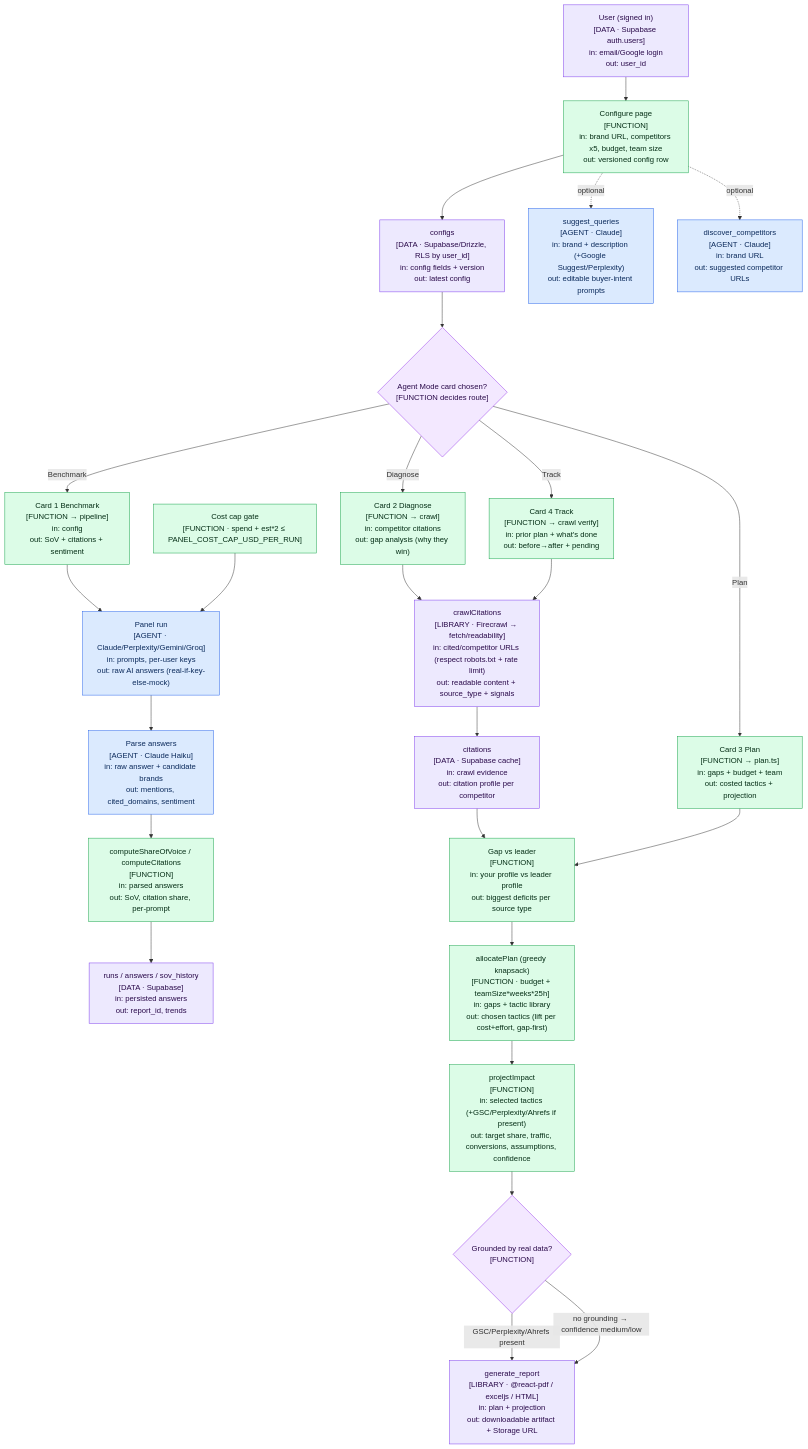
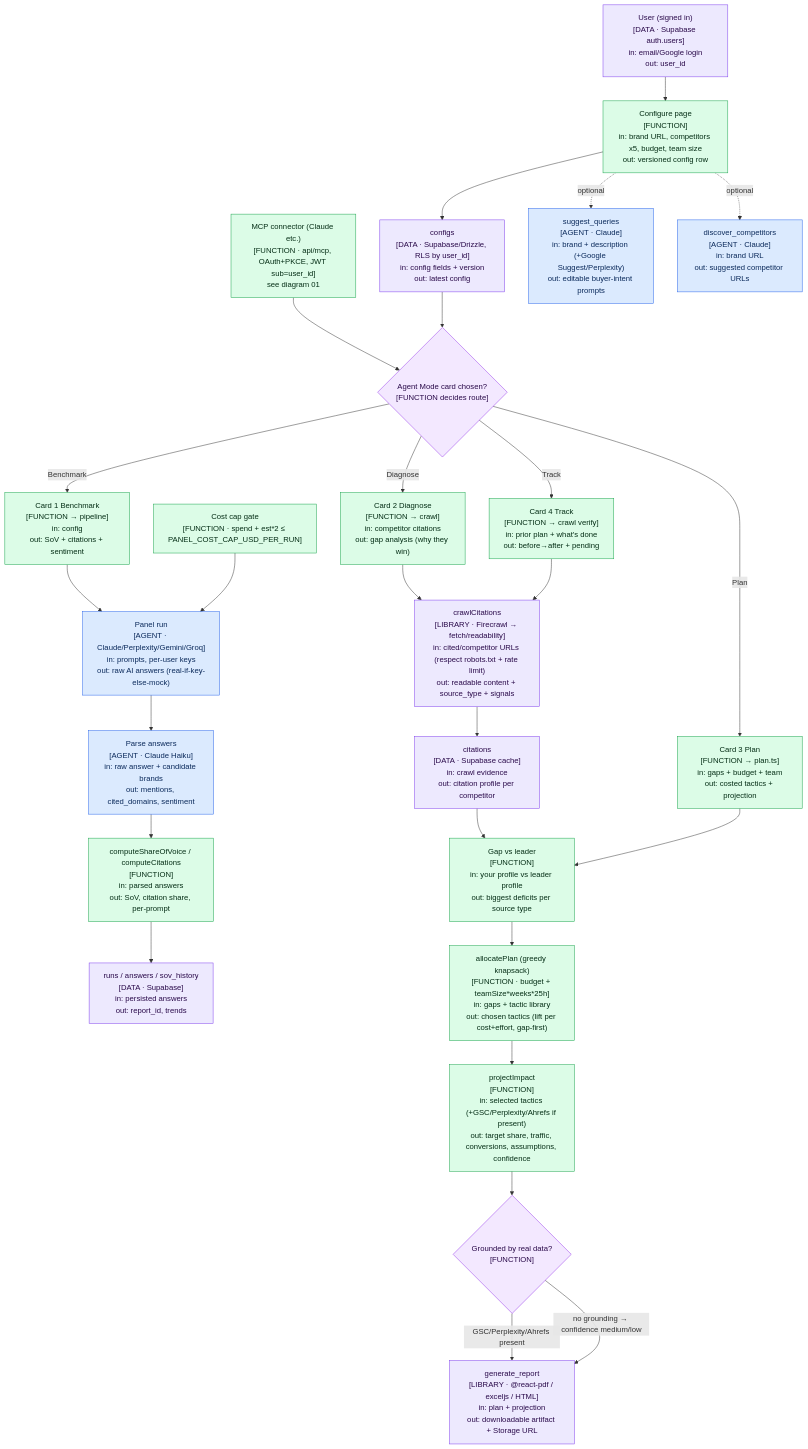
One commit to APareek89/getcited changed the diagram in docs/mermaid/00-master-flow.mmd. Above: the diagram before and after it, drawn with Mermaid. The commit also changed 20 other files, not shown here.

```diff
--- a/docs/mermaid/00-master-flow.mmd
+++ b/docs/mermaid/00-master-flow.mmd
@@ -1,61 +1,63 @@
 %% GetCited — MASTER FLOW
-%% intended — not yet fully built (Phase 1 in progress)
+%% current as of MCP wiring (all 6 phases built). MCP connector detail: see 01-mcp-auth-flow.mmd
 flowchart TD
   U["User (signed in)<br/>[DATA · Supabase auth.users]<br/>in: email/Google login<br/>out: user_id"]:::data
+  MCPC["MCP connector (Claude etc.)<br/>[FUNCTION · api/mcp, OAuth+PKCE, JWT sub=user_id]<br/>see diagram 01"]:::fn
 
   CFG["Configure page<br/>[FUNCTION]<br/>in: brand URL, competitors x5, budget, team size<br/>out: versioned config row"]:::fn
   CFGDB["configs<br/>[DATA · Supabase/Drizzle, RLS by user_id]<br/>in: config fields + version<br/>out: latest config"]:::data
   SUG["suggest_queries<br/>[AGENT · Claude]<br/>in: brand + description (+Google Suggest/Perplexity)<br/>out: editable buyer-intent prompts"]:::agent
   DISC["discover_competitors<br/>[AGENT · Claude]<br/>in: brand URL<br/>out: suggested competitor URLs"]:::agent
 
   CARDS{"Agent Mode card chosen?<br/>[FUNCTION decides route]"}:::dec
 
   BENCH["Card 1 Benchmark<br/>[FUNCTION → pipeline]<br/>in: config<br/>out: SoV + citations + sentiment"]:::fn
   DIAG["Card 2 Diagnose<br/>[FUNCTION → crawl]<br/>in: competitor citations<br/>out: gap analysis (why they win)"]:::fn
   PLAN["Card 3 Plan<br/>[FUNCTION → plan.ts]<br/>in: gaps + budget + team<br/>out: costed tactics + projection"]:::fn
   TRACK["Card 4 Track<br/>[FUNCTION → crawl verify]<br/>in: prior plan + what's done<br/>out: before→after + pending"]:::fn
 
   PANEL["Panel run<br/>[AGENT · Claude/Perplexity/Gemini/Groq]<br/>in: prompts, per-user keys<br/>out: raw AI answers (real-if-key-else-mock)"]:::agent
   PARSE["Parse answers<br/>[AGENT · Claude Haiku]<br/>in: raw answer + candidate brands<br/>out: mentions, cited_domains, sentiment"]:::agent
   SCORE["computeShareOfVoice / computeCitations<br/>[FUNCTION]<br/>in: parsed answers<br/>out: SoV, citation share, per-prompt"]:::fn
   RUNDB["runs / answers / sov_history<br/>[DATA · Supabase]<br/>in: persisted answers<br/>out: report_id, trends"]:::data
 
   CAP["Cost cap gate<br/>[FUNCTION · spend + est*2 ≤ PANEL_COST_CAP_USD_PER_RUN]"]:::fn
 
   CRAWL["crawlCitations<br/>[LIBRARY · Firecrawl → fetch/readability]<br/>in: cited/competitor URLs (respect robots.txt + rate limit)<br/>out: readable content + source_type + signals"]:::data
   CITEDB["citations<br/>[DATA · Supabase cache]<br/>in: crawl evidence<br/>out: citation profile per competitor"]:::data
 
   GAP["Gap vs leader<br/>[FUNCTION]<br/>in: your profile vs leader profile<br/>out: biggest deficits per source type"]:::fn
   ALLOC["allocatePlan (greedy knapsack)<br/>[FUNCTION · budget + teamSize*weeks*25h]<br/>in: gaps + tactic library<br/>out: chosen tactics (lift per cost+effort, gap-first)"]:::fn
   PROJ["projectImpact<br/>[FUNCTION]<br/>in: selected tactics (+GSC/Perplexity/Ahrefs if present)<br/>out: target share, traffic, conversions, assumptions, confidence"]:::fn
   CONF{"Grounded by real data?<br/>[FUNCTION]"}:::dec
   REPORT["generate_report<br/>[LIBRARY · @react-pdf / exceljs / HTML]<br/>in: plan + projection<br/>out: downloadable artifact + Storage URL"]:::data
 
   U --> CFG
+  MCPC --> CARDS
   CFG --> CFGDB
   CFG -. optional .-> SUG
   CFG -. optional .-> DISC
   CFGDB --> CARDS
 
   CARDS -->|Benchmark| BENCH
   CARDS -->|Diagnose| DIAG
   CARDS -->|Plan| PLAN
   CARDS -->|Track| TRACK
 
   BENCH --> PANEL
   CAP --> PANEL
   PANEL --> PARSE --> SCORE --> RUNDB
 
   DIAG --> CRAWL --> CITEDB --> GAP
   PLAN --> GAP
   GAP --> ALLOC --> PROJ --> CONF
   CONF -->|"GSC/Perplexity/Ahrefs present"| REPORT
   CONF -->|"no grounding → confidence medium/low"| REPORT
   TRACK --> CRAWL
 
   classDef agent fill:#dbeafe,stroke:#2563eb,color:#0b2a5b;
   classDef fn fill:#dcfce7,stroke:#16a34a,color:#052e16;
   classDef dec fill:#f3e8ff,stroke:#9333ea,color:#2a0a4a;
   classDef term fill:#e5e7eb,stroke:#6b7280,color:#111827;
   classDef ask fill:#cffafe,stroke:#0891b2,color:#083344;
   classDef data fill:#ede9fe,stroke:#7c3aed,color:#2a0a4a;
```
